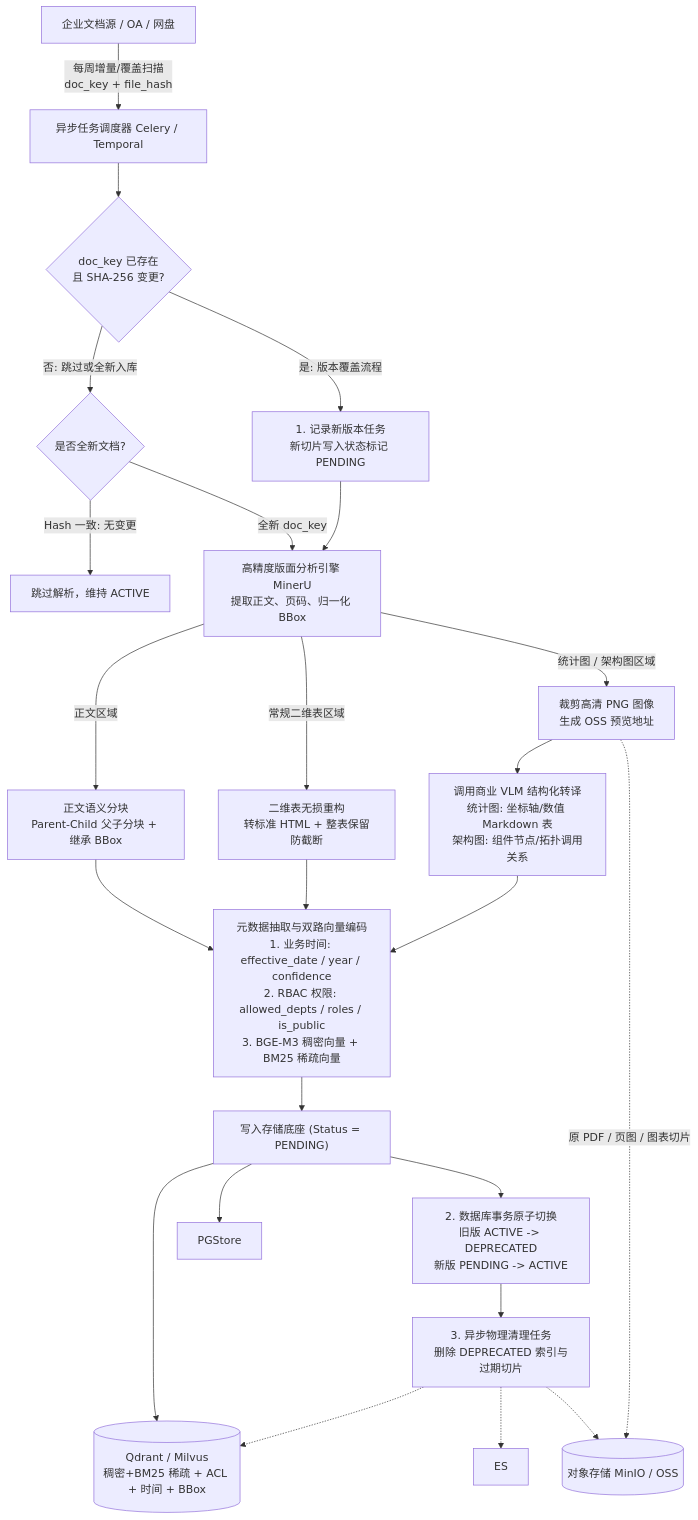
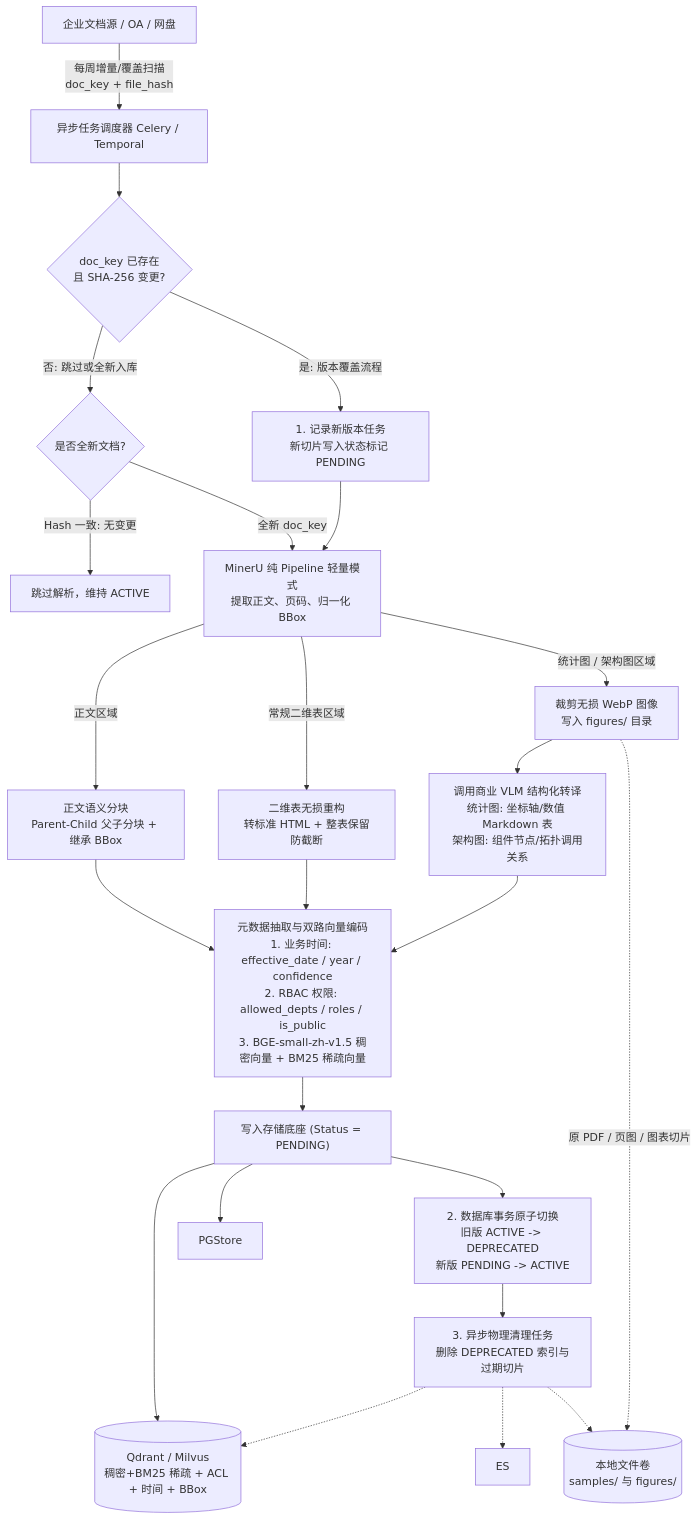
One commit to kvchen95/ai-rag changed the second of 6 diagrams in 架构图集.md. Above: the diagram before and after it, drawn with Mermaid. The commit also changed other lines of this file and 3232 other files, not shown here.

Commit message:
docs: 模型瘦身(bge-small-zh 512d/bge-reranker-base/MinerU pipeline) + 三文档对齐

````diff
--- a/架构图集.md
+++ b/架构图集.md
@@ -102,34 +102,34 @@
 ```mermaid
 flowchart TD
     Source["企业文档源 / OA / 网盘"] -->|"每周增量/覆盖扫描<br/>doc_key + file_hash"| Scheduler["异步任务调度器 Celery / Temporal"]
 
     Scheduler --> CheckHash{"doc_key 已存在<br/>且 SHA-256 变更?"}
 
     CheckHash -->|"否: 跳过或全新入库"| CheckNew{"是否全新文档?"}
     CheckNew -->|"Hash 一致: 无变更"| Skip["跳过解析，维持 ACTIVE"]
     CheckNew -->|"全新 doc_key"| MinerU
 
     CheckHash -->|"是: 版本覆盖流程"| VersionFlag["1. 记录新版本任务<br/>新切片写入状态标记 PENDING"]
-    VersionFlag --> MinerU["高精度版面分析引擎 MinerU<br/>提取正文、页码、归一化 BBox"]
+    VersionFlag --> MinerU["MinerU 纯 Pipeline 轻量模式<br/>提取正文、页码、归一化 BBox"]
 
     MinerU -->|"正文区域"| TextSplit["正文语义分块<br/>Parent-Child 父子分块 + 继承 BBox"]
     MinerU -->|"常规二维表区域"| TableParse["二维表无损重构<br/>转标准 HTML + 整表保留防截断"]
-    MinerU -->|"统计图 / 架构图区域"| CropImg["裁剪高清 PNG 图像<br/>生成 OSS 预览地址"]
+    MinerU -->|"统计图 / 架构图区域"| CropImg["裁剪无损 WebP 图像<br/>写入 figures/ 目录"]
 
     CropImg --> VLM["调用商业 VLM 结构化转译<br/>统计图: 坐标轴/数值 Markdown 表<br/>架构图: 组件节点/拓扑调用关系"]
 
-    TextSplit --> MetaExtract["元数据抽取与双路向量编码<br/>1. 业务时间: effective_date / year / confidence<br/>2. RBAC 权限: allowed_depts / roles / is_public<br/>3. BGE-M3 稠密向量 + BM25 稀疏向量"]
+    TextSplit --> MetaExtract["元数据抽取与双路向量编码<br/>1. 业务时间: effective_date / year / confidence<br/>2. RBAC 权限: allowed_depts / roles / is_public<br/>3. BGE-small-zh-v1.5 稠密向量 + BM25 稀疏向量"]
     TableParse --> MetaExtract
     VLM --> MetaExtract
 
     MetaExtract --> WritePending["写入存储底座 (Status = PENDING)"]
     WritePending --> Qdrant[("Qdrant / Milvus<br/>稠密+BM25 稀疏 + ACL + 时间 + BBox")]
     WritePending --> PGStore
-    CropImg -.->|"原 PDF / 页图 / 图表切片"| OSS[("对象存储 MinIO / OSS")]
+    CropImg -.->|"原 PDF / 页图 / 图表切片"| FS[("本地文件卷<br/>samples/ 与 figures/")]
 
     WritePending --> AtomicTx["2. 数据库事务原子切换<br/>旧版 ACTIVE -> DEPRECATED<br/>新版 PENDING -> ACTIVE"]
     AtomicTx --> AsyncGC["3. 异步物理清理任务<br/>删除 DEPRECATED 索引与过期切片"]
     AsyncGC -.-> Qdrant
     AsyncGC -.-> ES
-    AsyncGC -.-> OSS
+    AsyncGC -.-> FS
 ```
````
